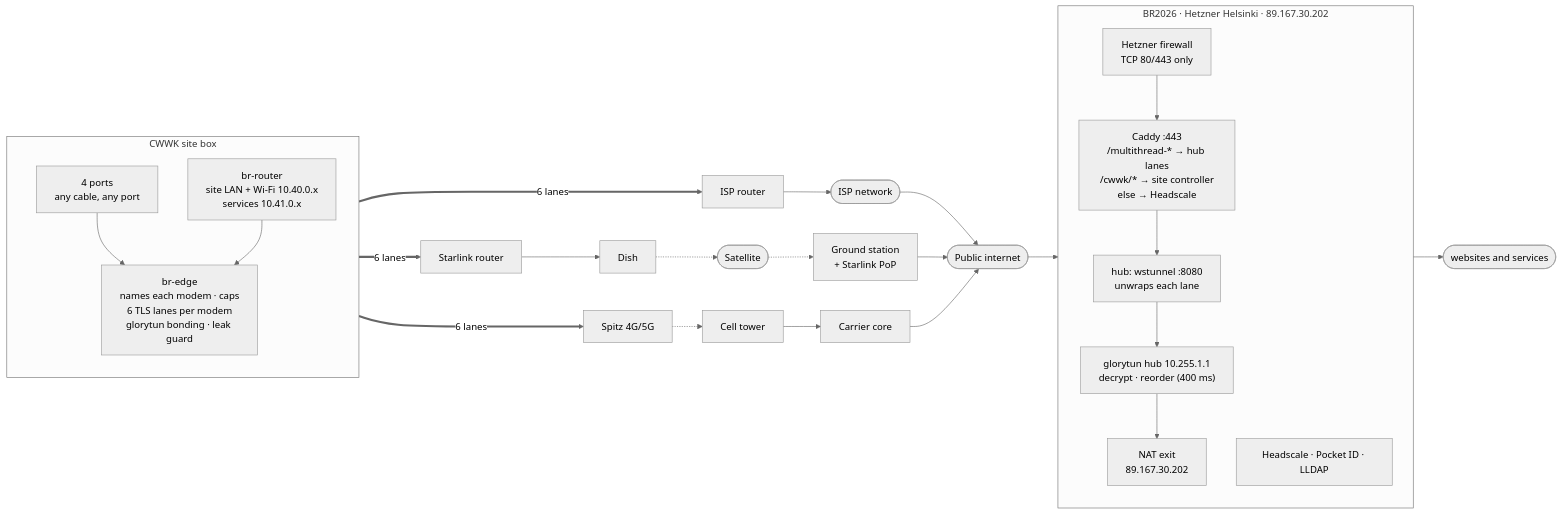
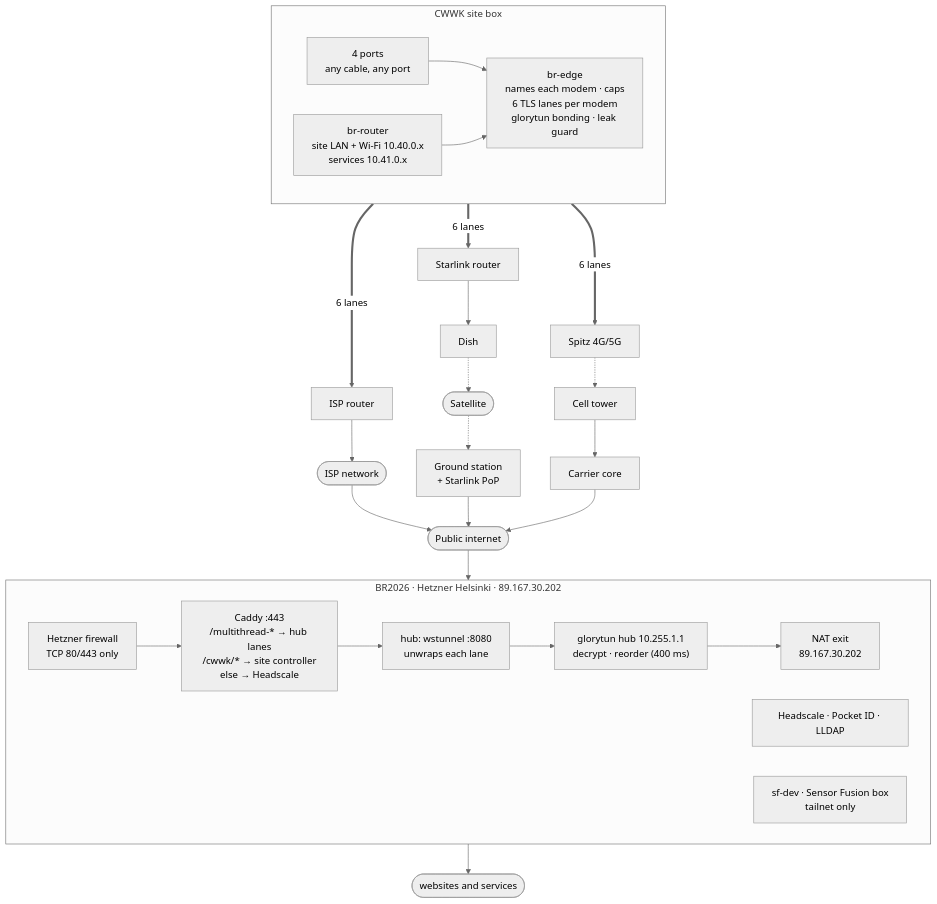
Before and after one commit to JakeTheSnake0245/black-relay-2026: the first of 12 diagrams in survivability/multipath/docs/diagrams.md, drawn with Mermaid (neutral theme). The commit also changed other lines of this file and 9 other files, not shown here.

First line of the commit message:
Docs: diagrams PDF, current architecture and diagrams

````diff
--- a/survivability/multipath/docs/diagrams.md
+++ b/survivability/multipath/docs/diagrams.md
@@ -9,23 +9,24 @@
 ```mermaid
-flowchart LR
+flowchart TB
   subgraph SITE["CWWK site box"]
-    direction TB
+    direction LR
     PORTS["4 ports<br/>any cable, any port"] --> EDGE["br-edge<br/>names each modem · caps<br/>6 TLS lanes per modem<br/>glorytun bonding · leak guard"]
     LAN["br-router<br/>site LAN + Wi-Fi 10.40.0.x<br/>services 10.41.0.x"] --> EDGE
   end
   EDGE == "6 lanes" ==> ISP["ISP router"] --> ISPN(["ISP network"])
   EDGE == "6 lanes" ==> SLR["Starlink router"] --> DISH["Dish"] -.-> SAT(["Satellite"]) -.-> POP["Ground station<br/>+ Starlink PoP"]
   EDGE == "6 lanes" ==> SPZ["Spitz 4G/5G"] -.-> TWR["Cell tower"] --> CORE["Carrier core"]
   ISPN --> NET(["Public internet"])
   POP --> NET
   CORE --> NET
   subgraph HUB["BR2026 · Hetzner Helsinki · 89.167.30.202"]
-    direction TB
+    direction LR
     FW["Hetzner firewall<br/>TCP 80/443 only"] --> CADDY["Caddy :443<br/>/multithread-* → hub lanes<br/>/cwwk/* → site controller<br/>else → Headscale"]
     CADDY --> WST["hub: wstunnel :8080<br/>unwraps each lane"] --> GT["glorytun hub 10.255.1.1<br/>decrypt · reorder (400 ms)"]
     GT --> NAT["NAT exit<br/>89.167.30.202"]
     ID["Headscale · Pocket ID · LLDAP"]
+    SF["sf-dev · Sensor Fusion box<br/>tailnet only"]
   end
   NET --> FW
   NAT --> OUT(["websites and services"])
 ```
````
